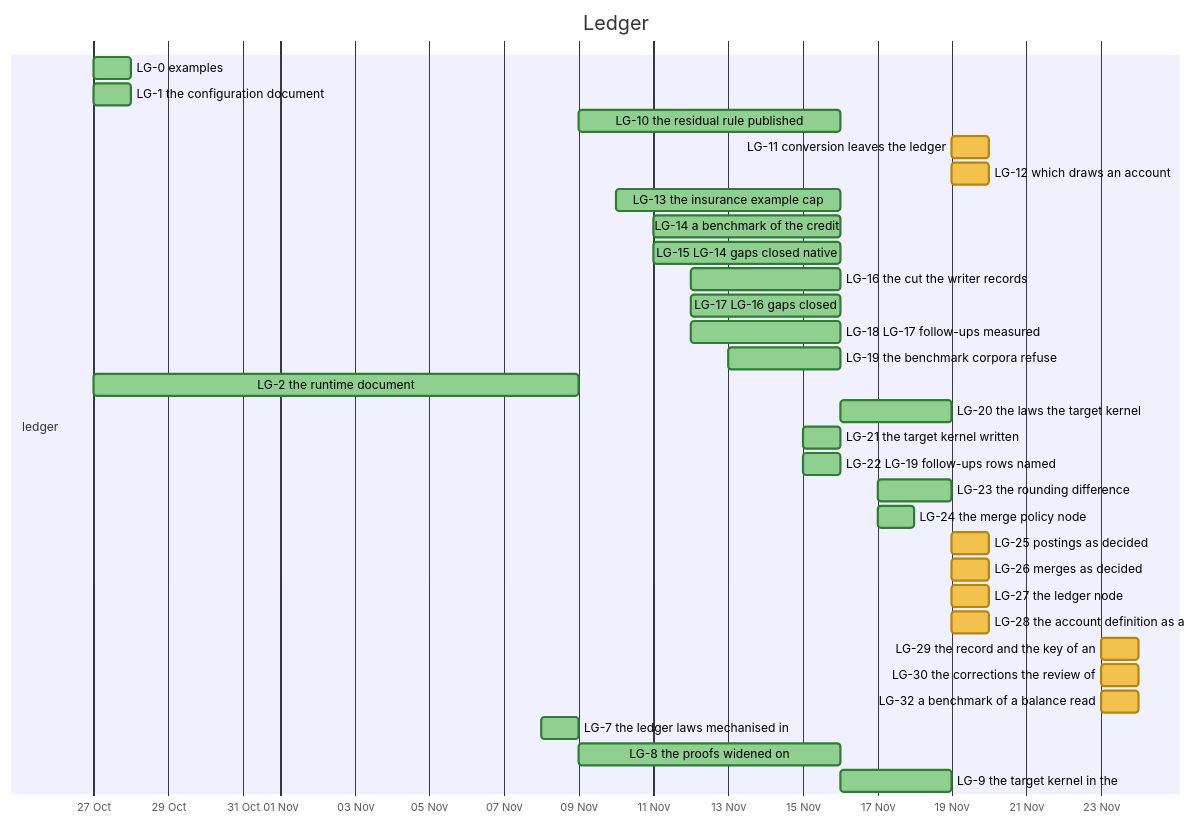
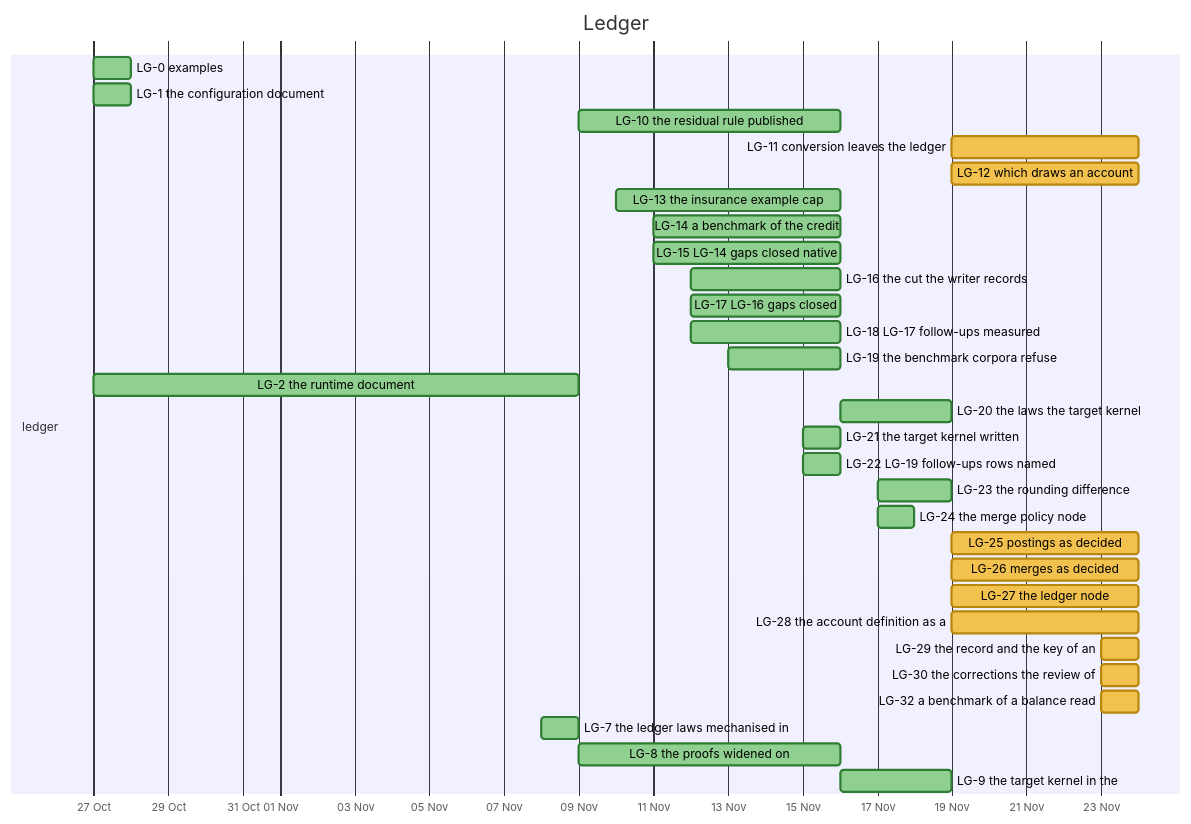
Before and after one commit to nebularis/lattice: the tenth of 32 diagrams in docs/developer/ROADMAP.md, drawn with Mermaid. The commit also changed other lines of this file, not shown here.

Commit message:
[multi-store] Roadmap refreshed after MSA-I14's widened models and probes
Section 4.8 and the queue's item 13 say what the widened models found, that MSA-Q23 is answered, and that MSA-Q21, MSA-Q22 and MSA-Q29 now decide MSA-I14. The generated sections are rebuilt with a fetch.

Placement: T0
AI-Content: substantial

````diff
--- a/docs/developer/ROADMAP.md
+++ b/docs/developer/ROADMAP.md
@@ -338,36 +338,36 @@
 ```mermaid
 %%{init: {"themeVariables": {"taskBkgColor": "#f2c14e", "taskBorderColor": "#b8860b", "taskTextColor": "#000000", "activeTaskBkgColor": "#4e9af1", "activeTaskBorderColor": "#1f5fbf", "activeTaskBorderColor": "#1f5fbf", "doneTaskBkgColor": "#8fcf8f", "doneTaskBorderColor": "#2f7d32", "critBkgColor": "#f28b82", "critBorderColor": "#b23a30", "taskTextDarkColor": "#000000", "taskTextLightColor": "#000000"}}}%%
 gantt
     title Ledger
     dateFormat YYYY-MM-DD
     axisFormat %d %b
     section ledger
     LG-0 examples :done, lg0, 2026-10-27, 2026-10-28
     LG-1 the configuration document :done, lg1, 2026-10-27, 2026-10-28
     LG-10 the residual rule published :done, lg10, 2026-11-09, 2026-11-16
-    LG-11 conversion leaves the ledger :lg11, 2026-11-19, 2026-11-20
-    LG-12 which draws an account :lg12, 2026-11-19, 2026-11-20
+    LG-11 conversion leaves the ledger :lg11, 2026-11-19, 2026-11-24
+    LG-12 which draws an account :lg12, 2026-11-19, 2026-11-24
     LG-13 the insurance example cap :done, lg13, 2026-11-10, 2026-11-16
     LG-14 a benchmark of the credit :done, lg14, 2026-11-11, 2026-11-16
     LG-15 LG-14 gaps closed native :done, lg15, 2026-11-11, 2026-11-16
     LG-16 the cut the writer records :done, lg16, 2026-11-12, 2026-11-16
     LG-17 LG-16 gaps closed :done, lg17, 2026-11-12, 2026-11-16
     LG-18 LG-17 follow-ups measured :done, lg18, 2026-11-12, 2026-11-16
     LG-19 the benchmark corpora refuse :done, lg19, 2026-11-13, 2026-11-16
     LG-2 the runtime document :done, lg2, 2026-10-27, 2026-11-09
     LG-20 the laws the target kernel :done, lg20, 2026-11-16, 2026-11-19
     LG-21 the target kernel written :done, lg21, 2026-11-15, 2026-11-16
     LG-22 LG-19 follow-ups rows named :done, lg22, 2026-11-15, 2026-11-16
     LG-23 the rounding difference :done, lg23, 2026-11-17, 2026-11-19
     LG-24 the merge policy node :done, lg24, 2026-11-17, 2026-11-18
-    LG-25 postings as decided :lg25, 2026-11-19, 2026-11-20
-    LG-26 merges as decided :lg26, 2026-11-19, 2026-11-20
-    LG-27 the ledger node :lg27, 2026-11-19, 2026-11-20
-    LG-28 the account definition as a :lg28, 2026-11-19, 2026-11-20
+    LG-25 postings as decided :lg25, 2026-11-19, 2026-11-24
+    LG-26 merges as decided :lg26, 2026-11-19, 2026-11-24
+    LG-27 the ledger node :lg27, 2026-11-19, 2026-11-24
+    LG-28 the account definition as a :lg28, 2026-11-19, 2026-11-24
     LG-29 the record and the key of an :lg29, 2026-11-23, 2026-11-24
     LG-30 the corrections the review of :lg30, 2026-11-23, 2026-11-24
     LG-32 a benchmark of a balance read :lg32, 2026-11-23, 2026-11-24
     LG-7 the ledger laws mechanised in :done, lg7, 2026-11-08, 2026-11-09
     LG-8 the proofs widened on :done, lg8, 2026-11-09, 2026-11-16
     LG-9 the target kernel in the :done, lg9, 2026-11-16, 2026-11-19
 ```
````
